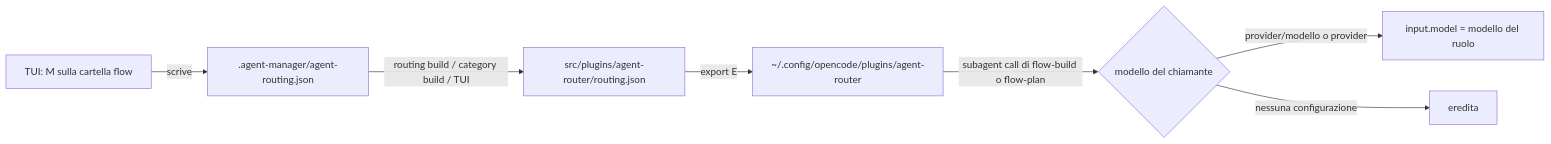
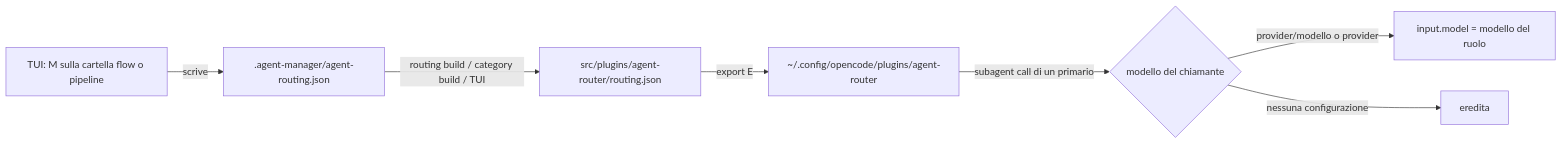
The diagram in ARCHETIPI.md (lorecanc/agents), drawn with Mermaid before and after one commit. The commit also changed other lines of this file and 629 other files, not shown here.

````diff
--- a/ARCHETIPI.md
+++ b/ARCHETIPI.md
@@ -50,9 +57,9 @@
 ```mermaid
 flowchart LR
-  TUI["TUI: M sulla cartella flow"] -->|scrive| CFG[".agent-manager/agent-routing.json"]
+  TUI["TUI: M sulla cartella flow o pipeline"] -->|scrive| CFG[".agent-manager/agent-routing.json"]
   CFG -->|routing build / category build / TUI| GEN["src/plugins/agent-router/routing.json"]
   GEN -->|export E| OC["~/.config/opencode/plugins/agent-router"]
-  OC -->|"subagent call di flow-build o flow-plan"| PICK{"modello del chiamante"}
+  OC -->|"subagent call di un primario"| PICK{"modello del chiamante"}
   PICK -->|"provider/modello o provider"| SET["input.model = modello del ruolo"]
   PICK -->|nessuna configurazione| INH["eredita"]
 ```
````
